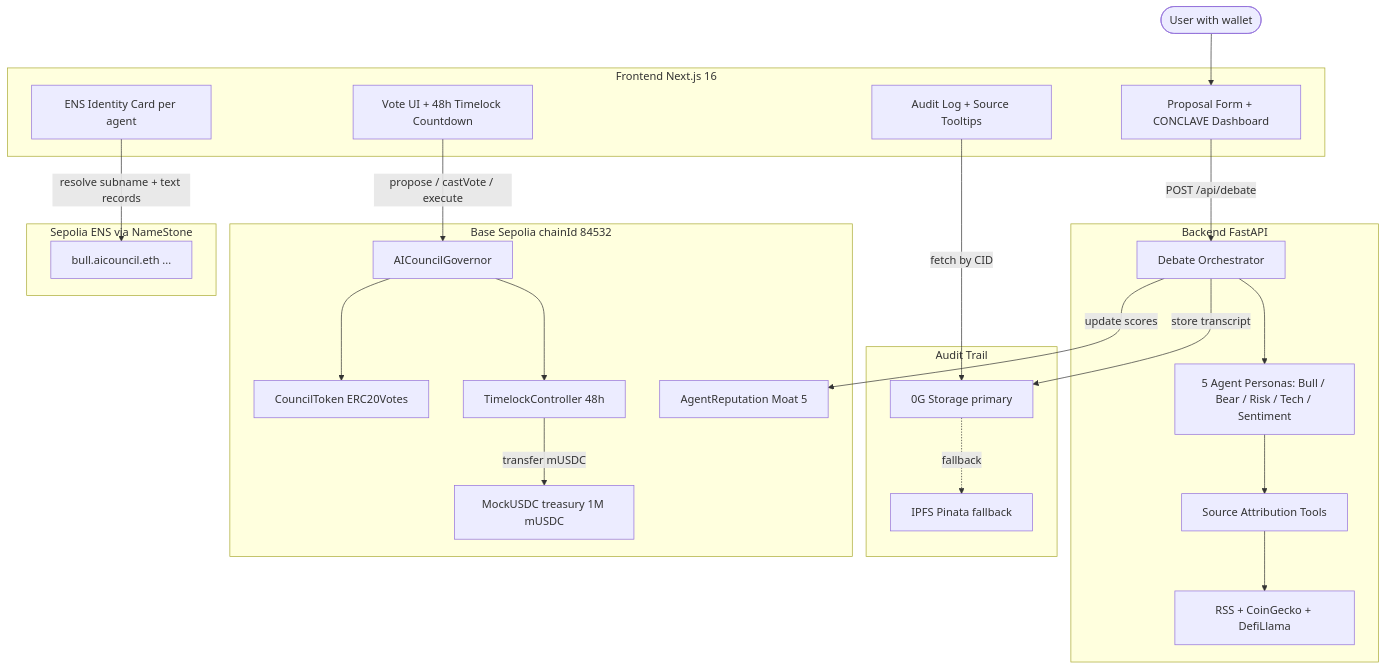
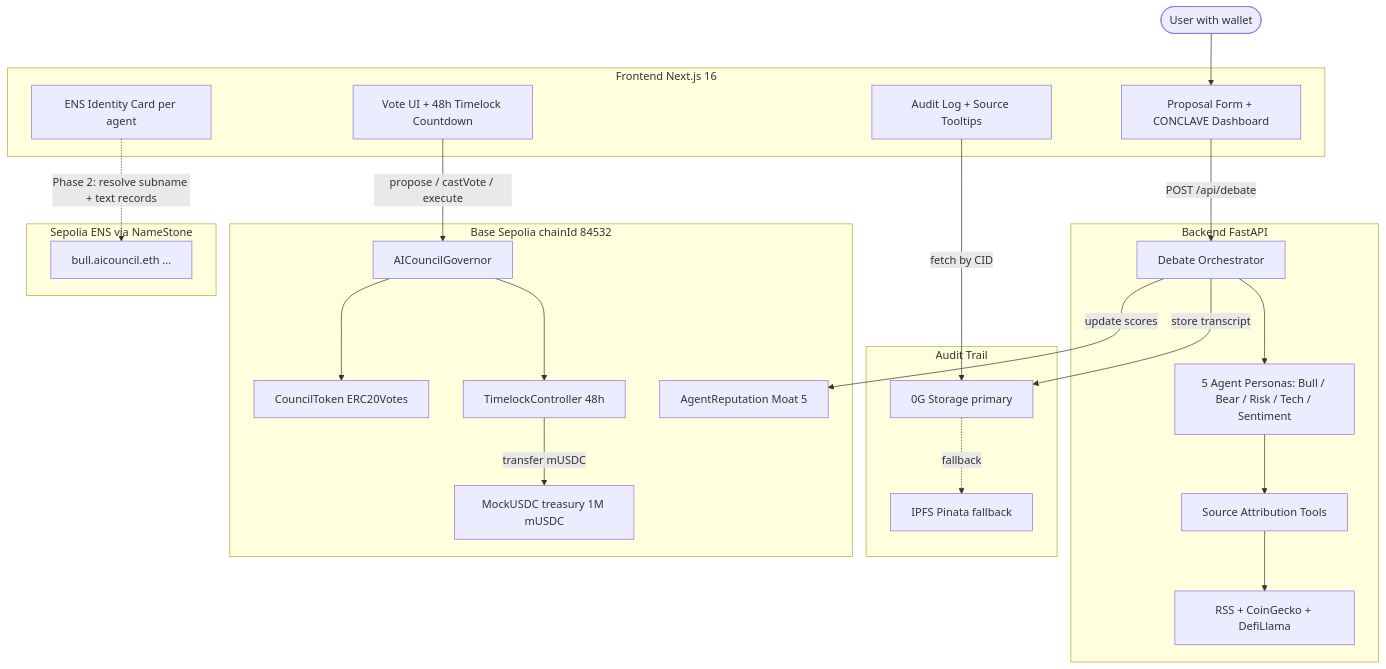
The first of 4 diagrams in docs/architecture.md (danergXx-xX/ETH-Global), drawn with Mermaid before and after one commit. The commit also changed other lines of this file and 5 other files, not shown here.

````diff
--- a/docs/architecture.md
+++ b/docs/architecture.md
@@ -20,49 +20,49 @@
 ```mermaid
 flowchart TB
   User([User with wallet]) --> UI
 
   subgraph Frontend["Frontend Next.js 16"]
     UI[Proposal Form + CONCLAVE Dashboard]
     Vote[Vote UI + 48h Timelock Countdown]
     Audit[Audit Log + Source Tooltips]
     ENSCard[ENS Identity Card per agent]
   end
 
   subgraph Backend["Backend FastAPI"]
     Orch[Debate Orchestrator]
     Agents["5 Agent Personas: Bull / Bear / Risk / Tech / Sentiment"]
     Tools[Source Attribution Tools]
     Data[RSS + CoinGecko + DefiLlama]
   end
 
   subgraph Storage["Audit Trail"]
     ZeroG[0G Storage primary]
     IPFS[IPFS Pinata fallback]
   end
 
   subgraph Chain["Base Sepolia chainId 84532"]
     Gov[AICouncilGovernor]
     Token[CouncilToken ERC20Votes]
     TL[TimelockController 48h]
     USDC[MockUSDC treasury 1M mUSDC]
     Rep[AgentReputation Moat 5]
   end
 
   subgraph ENS["Sepolia ENS via NameStone"]
     Sub[bull.aicouncil.eth ...]
   end
 
   UI -->|POST /api/debate| Orch
   Orch --> Agents
   Agents --> Tools
   Tools --> Data
   Orch -->|store transcript| ZeroG
   ZeroG -.->|fallback| IPFS
   Orch -->|update scores| Rep
   Vote -->|propose / castVote / execute| Gov
   Gov --> Token
   Gov --> TL
   TL -->|transfer mUSDC| USDC
-  ENSCard -->|resolve subname + text records| Sub
+  ENSCard -.->|Phase 2: resolve subname + text records| Sub
   Audit -->|fetch by CID| ZeroG
 ```
````
